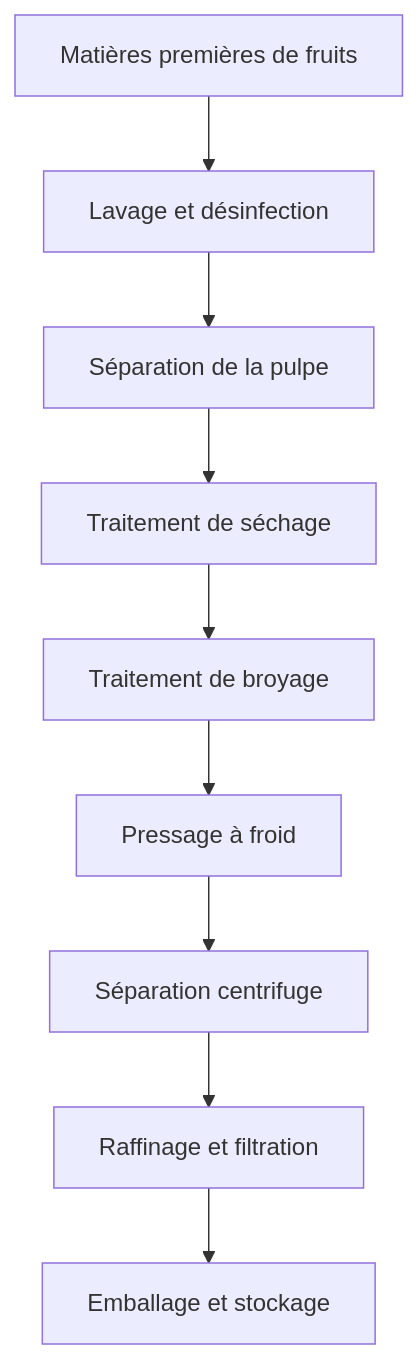
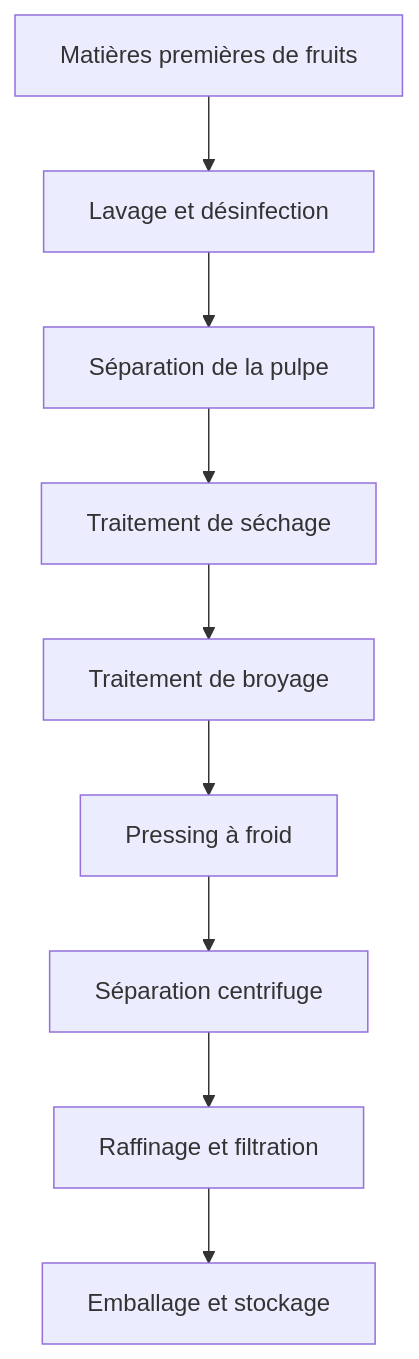
One commit to roryshanshan/oilpress-website changed the diagram in docs/fr/solutions/fruits.md. Above: the diagram before and after it, drawn with Mermaid. The commit also changed other lines of this file and 80 other files, not shown here.

````diff
--- a/docs/fr/solutions/fruits.md
+++ b/docs/fr/solutions/fruits.md
@@ -67,11 +67,11 @@
 ```mermaid
 graph TD
     A[Matières premières de fruits] --> B[Lavage et désinfection]
     B --> C[Séparation de la pulpe]
     C --> D[Traitement de séchage]
     D --> E[Traitement de broyage]
-    E --> F[Pressage à froid]
+    E --> F[Pressing à froid]
     F --> G[Séparation centrifuge]
     G --> H[Raffinage et filtration]
     H --> I[Emballage et stockage]
 ```
````
